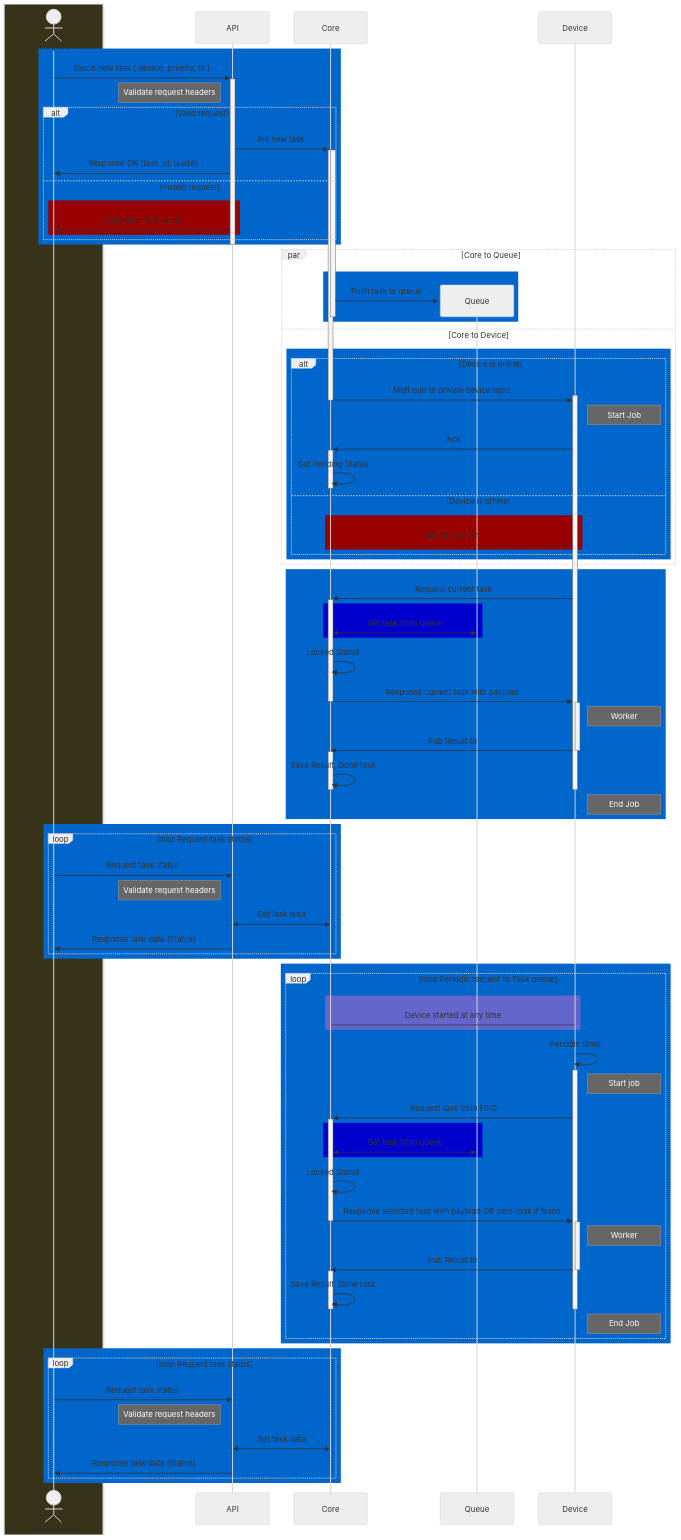
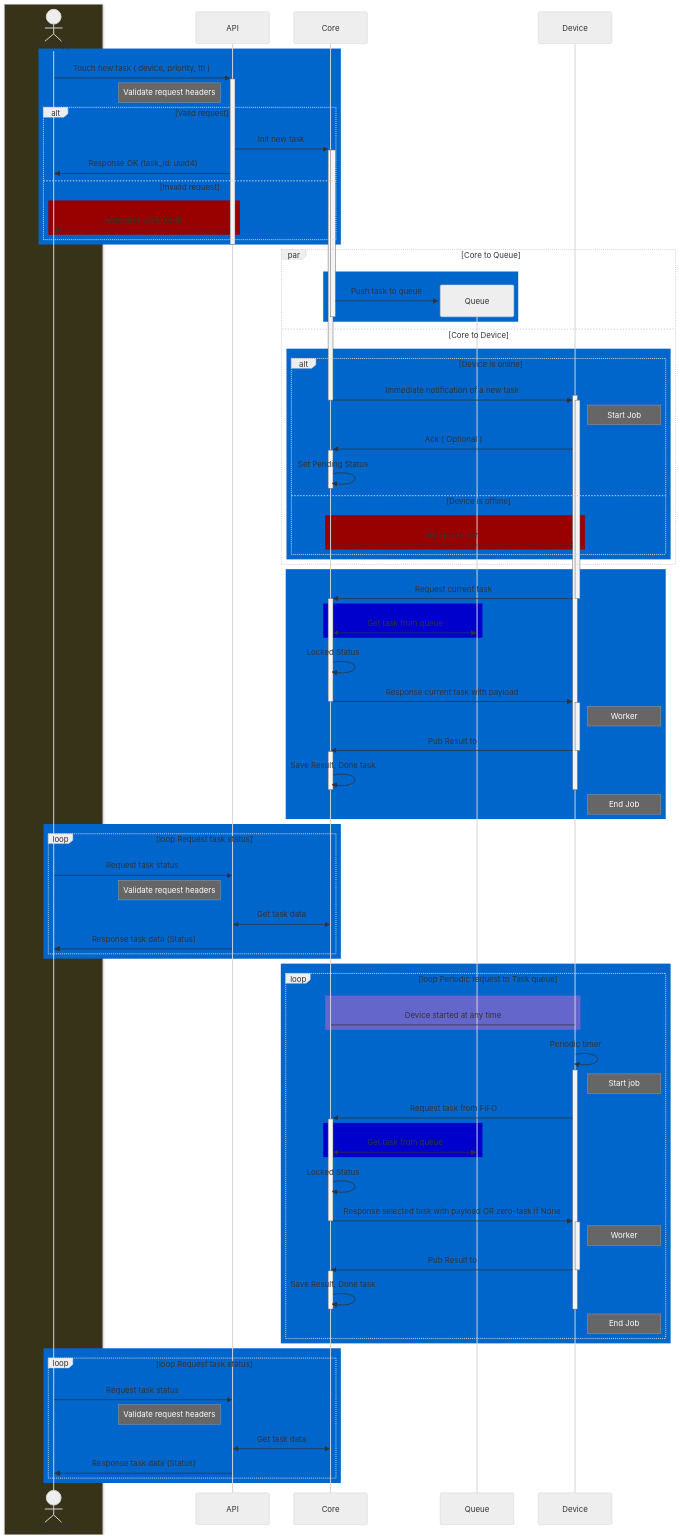
Before and after one commit to OlegLebedevRU/iot-rpc-rest-app: the diagram in README.md, drawn with Mermaid (neutral theme).

Commit message:
readme apdate

```diff
--- a/README.md
+++ b/README.md
@@ -83,11 +83,12 @@
     and Core to Device
         rect rgb(0, 102, 204)
         alt Device is online
-            Core->>+Device:Mqtt pub to private device topic
+            Core->>+Device:Immediate notification of a new task
+            activate Device
             deactivate Core
        
             Note right of Device: Start Job
-            Device->>+Core:Ack
+            Device->>+Core:Ack ( Optional )
             Core->>-Core: Set Pending Status
         
         else Device is offline
@@ -99,6 +100,7 @@
     end
     rect rgb(0, 102, 204)
     Device->>+Core: Request current task
+    deactivate Device
     rect rgb(0, 0, 204)
     Queue<<->>Core: Get task from queue
     end
```
